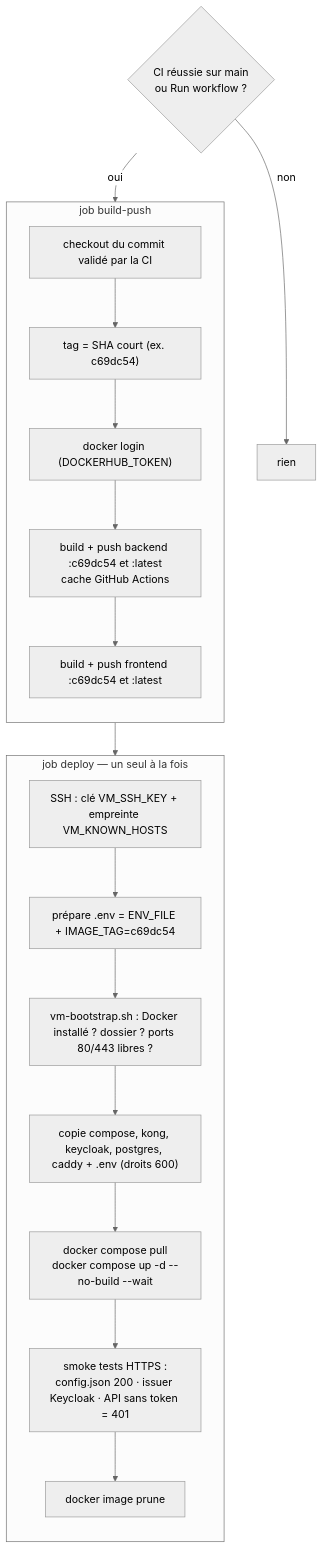
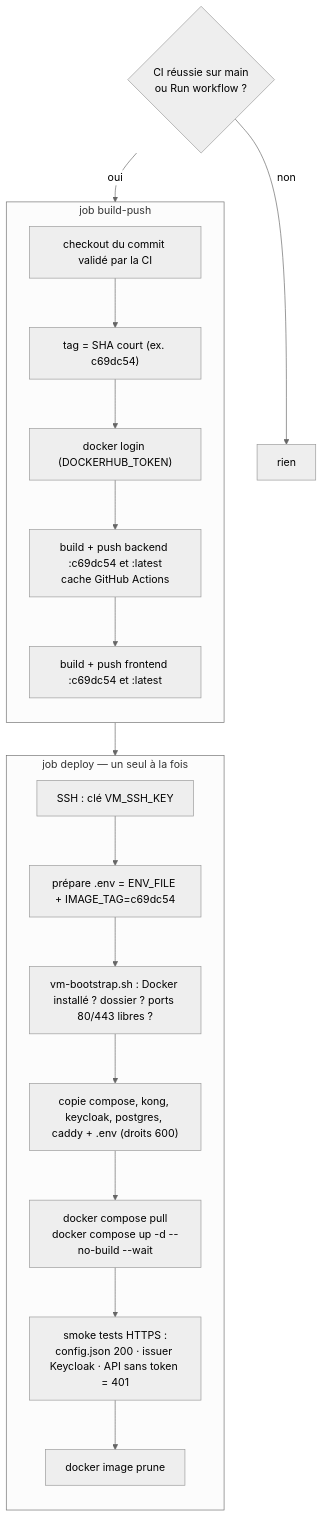
One commit to fouziasalah/petites-annonces changed the third of 3 diagrams in docs/03-pipeline-ci-cd.md. Above: the diagram before and after it, drawn with Mermaid (neutral theme). The commit also changed other lines of this file and 4 other files, not shown here.

Commit message:
ci(cd): empreinte SSH acceptée à la première connexion (sans VM_KNOWN_HOSTS)

````diff
--- a/docs/03-pipeline-ci-cd.md
+++ b/docs/03-pipeline-ci-cd.md
@@ -157,22 +157,22 @@
 ```mermaid
 flowchart TB
     S{"CI réussie sur main<br/>ou Run workflow ?"} -->|non| X["rien"]
     S -->|oui| BP
     subgraph BP["job build-push"]
       direction TB
       b1["checkout du commit validé par la CI"] --> b2["tag = SHA court (ex. c69dc54)"]
       b2 --> b3["docker login (DOCKERHUB_TOKEN)"]
       b3 --> b4["build + push backend :c69dc54 et :latest<br/>cache GitHub Actions"]
       b4 --> b5["build + push frontend :c69dc54 et :latest"]
     end
     BP --> DP
     subgraph DP["job deploy — un seul à la fois"]
       direction TB
-      d1["SSH : clé VM_SSH_KEY + empreinte VM_KNOWN_HOSTS"] --> d2["prépare .env = ENV_FILE + IMAGE_TAG=c69dc54"]
+      d1["SSH : clé VM_SSH_KEY"] --> d2["prépare .env = ENV_FILE + IMAGE_TAG=c69dc54"]
       d2 --> d3["vm-bootstrap.sh : Docker installé ? dossier ? ports 80/443 libres ?"]
       d3 --> d4["copie compose, kong, keycloak, postgres, caddy + .env (droits 600)"]
       d4 --> d5["docker compose pull<br/>docker compose up -d --no-build --wait"]
       d5 --> d6["smoke tests HTTPS :<br/>config.json 200 · issuer Keycloak · API sans token = 401"]
       d6 --> d7["docker image prune"]
     end
 ```
````
